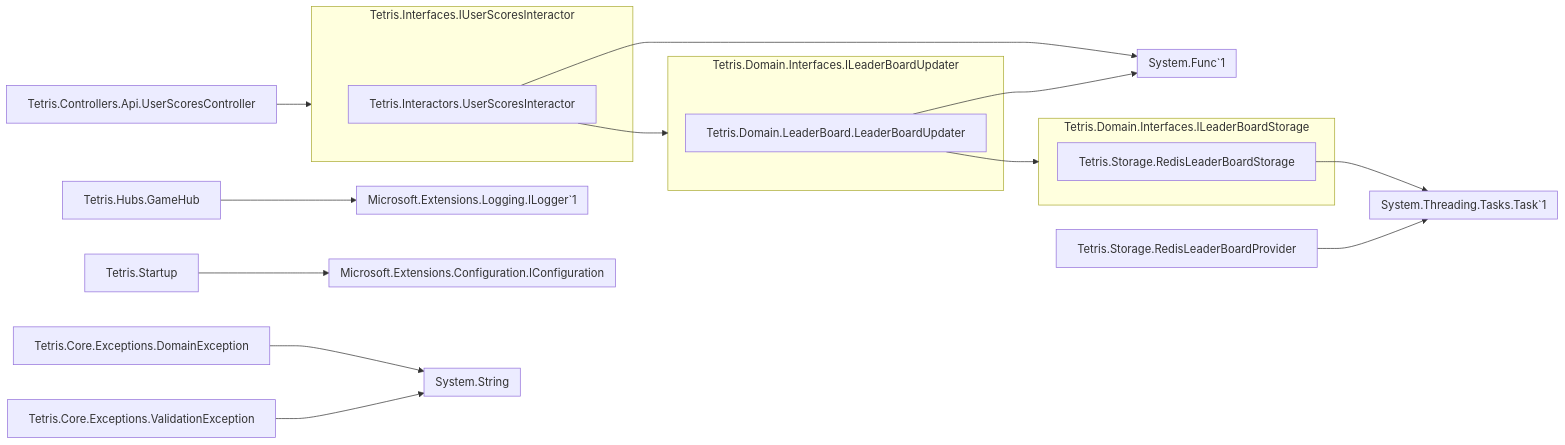
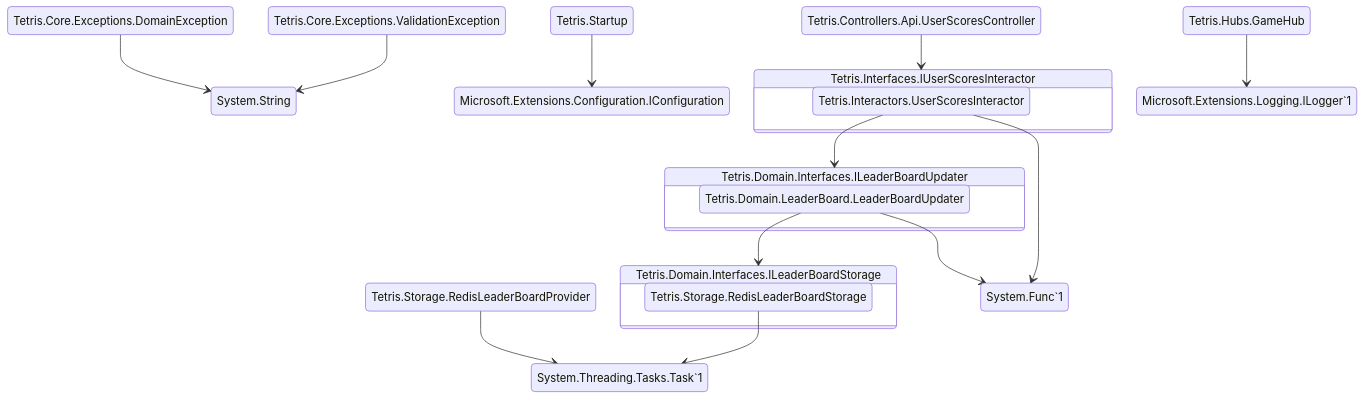
The diagram in README.md (stewie1570/tetris), drawn with Mermaid before and after one commit.

````diff
--- a/README.md
+++ b/README.md
@@ -29,54 +29,30 @@
 ```mermaid
-flowchart LR
+stateDiagram
   Tetris.Core.Exceptions.DomainException --> System.String
   Tetris.Core.Exceptions.ValidationException --> System.String
   Tetris.Storage.RedisLeaderBoardProvider --> System.Threading.Tasks.Task`1
   Tetris.Storage.RedisLeaderBoardStorage --> System.Threading.Tasks.Task`1
   Tetris.Domain.LeaderBoard.LeaderBoardUpdater --> Tetris.Domain.Interfaces.ILeaderBoardStorage
   Tetris.Domain.LeaderBoard.LeaderBoardUpdater --> System.Func`1
   Tetris.Startup --> Microsoft.Extensions.Configuration.IConfiguration
   Tetris.Interactors.UserScoresInteractor --> Tetris.Domain.Interfaces.ILeaderBoardUpdater
   Tetris.Interactors.UserScoresInteractor --> System.Func`1
   Tetris.Hubs.GameHub --> Microsoft.Extensions.Logging.ILogger`1
   Tetris.Controllers.Api.UserScoresController --> Tetris.Interfaces.IUserScoresInteractor
-
-    subgraph System.String
-        
-    end
     
 
-    subgraph System.Threading.Tasks.Task`1
-        
-    end
+    state Tetris.Domain.Interfaces.ILeaderBoardStorage {
+        Tetris.Storage.RedisLeaderBoardStorage
+    }
     
 
-    subgraph Tetris.Domain.Interfaces.ILeaderBoardStorage
-        Tetris.Storage.RedisLeaderBoardStorage
-    end
+    state Tetris.Domain.Interfaces.ILeaderBoardUpdater {
+        Tetris.Domain.LeaderBoard.LeaderBoardUpdater
+    }
     
 
-    subgraph System.Func`1
-        
-    end
-    
-
-    subgraph Microsoft.Extensions.Configuration.IConfiguration
-        
-    end
-    
-
-    subgraph Tetris.Domain.Interfaces.ILeaderBoardUpdater
-        Tetris.Domain.LeaderBoard.LeaderBoardUpdater
-    end
-    
-
-    subgraph Microsoft.Extensions.Logging.ILogger`1
-        
-    end
-    
-
-    subgraph Tetris.Interfaces.IUserScoresInteractor
+    state Tetris.Interfaces.IUserScoresInteractor {
         Tetris.Interactors.UserScoresInteractor
-    end
+    }
     
 ```
````
